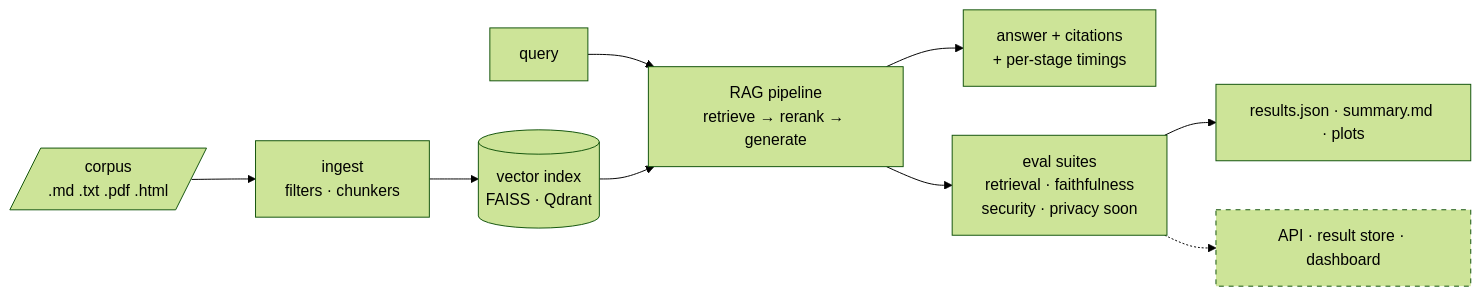
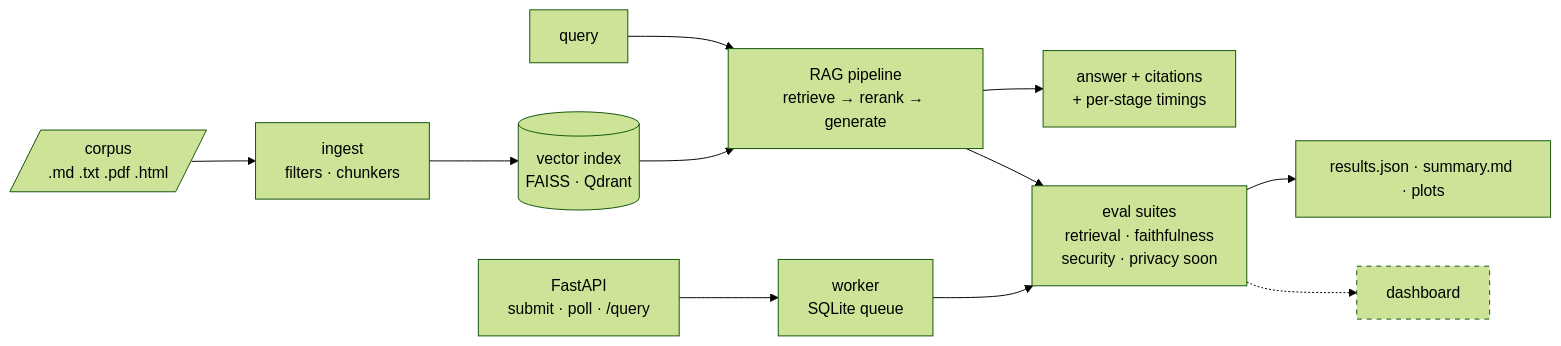
The diagram in README.md (bobhaotian/RAG-Crucible---Security-Reliability-Evaluation-Platform-for-RAG), drawn with Mermaid (forest theme) before and after one commit. The commit also changed other lines of this file and 2 other files, not shown here.

````diff
--- a/README.md
+++ b/README.md
@@ -9,12 +9,13 @@
 ```mermaid
 flowchart LR
     A[/corpus<br/>.md .txt .pdf .html/] --> B[ingest<br/>filters · chunkers]
     B --> C[(vector index<br/>FAISS · Qdrant)]
     Q[query] --> P[RAG pipeline<br/>retrieve → rerank → generate]
     C --> P
     P --> R[answer + citations<br/>+ per-stage timings]
     P --> E[eval suites<br/>retrieval · faithfulness<br/>security · privacy soon]
     E --> F[results.json · summary.md · plots]
-    E -.-> D[API · result store · dashboard]
+    A2[FastAPI<br/>submit · poll · /query] --> W[worker<br/>SQLite queue] --> E
+    E -.-> D[dashboard]
     style D stroke-dasharray: 5 5
 ```
````
